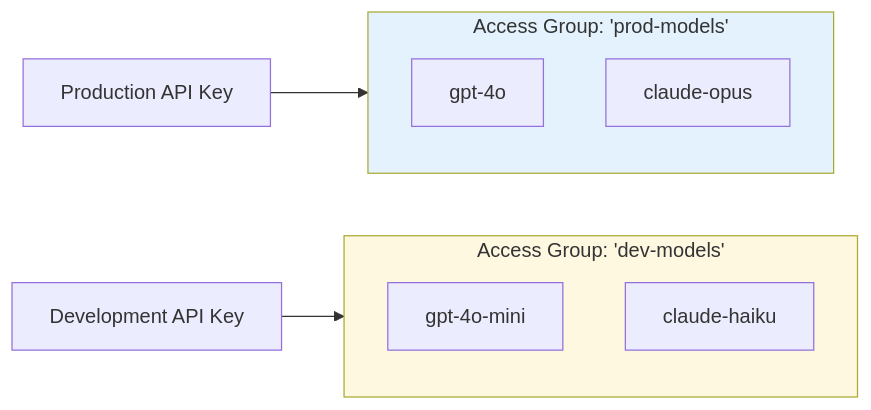
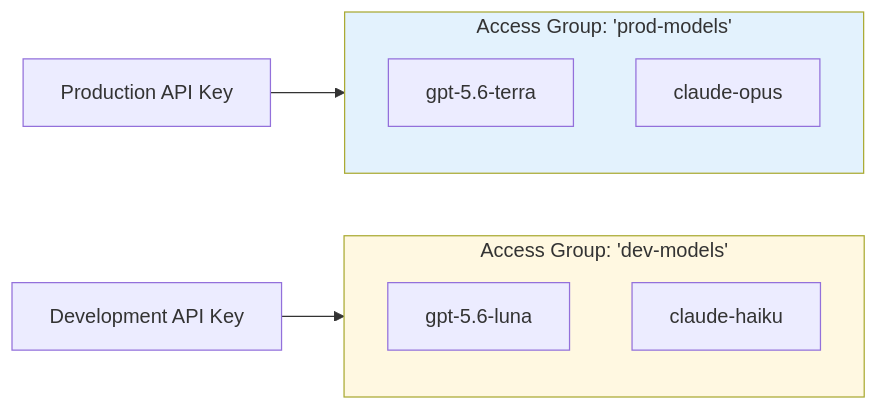
The diagram in docs/proxy/model_access_groups.md (BerriAI/litellm-docs), drawn with Mermaid before and after one commit. The commit also changed other lines of this file and 416 other files, not shown here.

````diff
--- a/docs/proxy/model_access_groups.md
+++ b/docs/proxy/model_access_groups.md
@@ -19,18 +19,18 @@
 ```mermaid
 graph LR
     subgraph AG1["Access Group: 'prod-models'"]
-        M1["gpt-4o"]
+        M1["gpt-5.6-terra"]
         M2["claude-opus"]
     end
     
     subgraph AG2["Access Group: 'dev-models'"]
-        M3["gpt-4o-mini"]
+        M3["gpt-5.6-luna"]
         M4["claude-haiku"]
     end
     
     K1["Production API Key"] --> AG1
     K2["Development API Key"] --> AG2
     
     style AG1 fill:#e3f2fd
     style AG2 fill:#fff8e1
 ```
````
